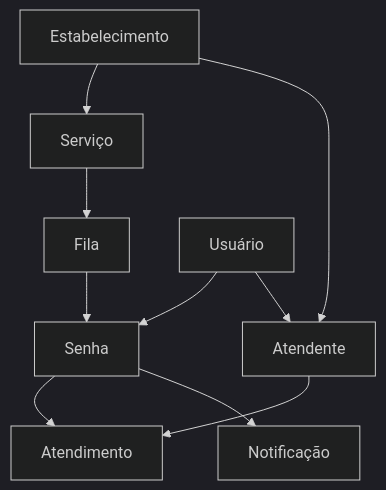
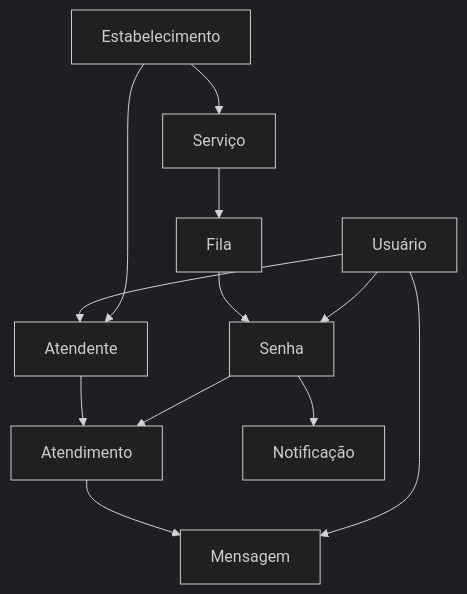
Before and after one commit to gabrielpradoez-eng/Projeto: the diagram in docs/domain-model.md, drawn with Mermaid (dark theme). The commit also changed other lines of this file and 16 other files, not shown here.

````diff
--- a/docs/domain-model.md
+++ b/docs/domain-model.md
@@ -5,12 +5,14 @@
 ```mermaid
 flowchart TD
     estabelecimento[Estabelecimento] --> servico[Serviço]
     servico --> fila[Fila]
     fila --> senha[Senha]
     usuario[Usuário] --> senha
     usuario --> atendente[Atendente]
     estabelecimento --> atendente
     atendente --> atendimento[Atendimento]
     senha --> atendimento
     senha --> notificacao[Notificação]
+    atendimento --> mensagem[Mensagem]
+    usuario --> mensagem
 ```
````
